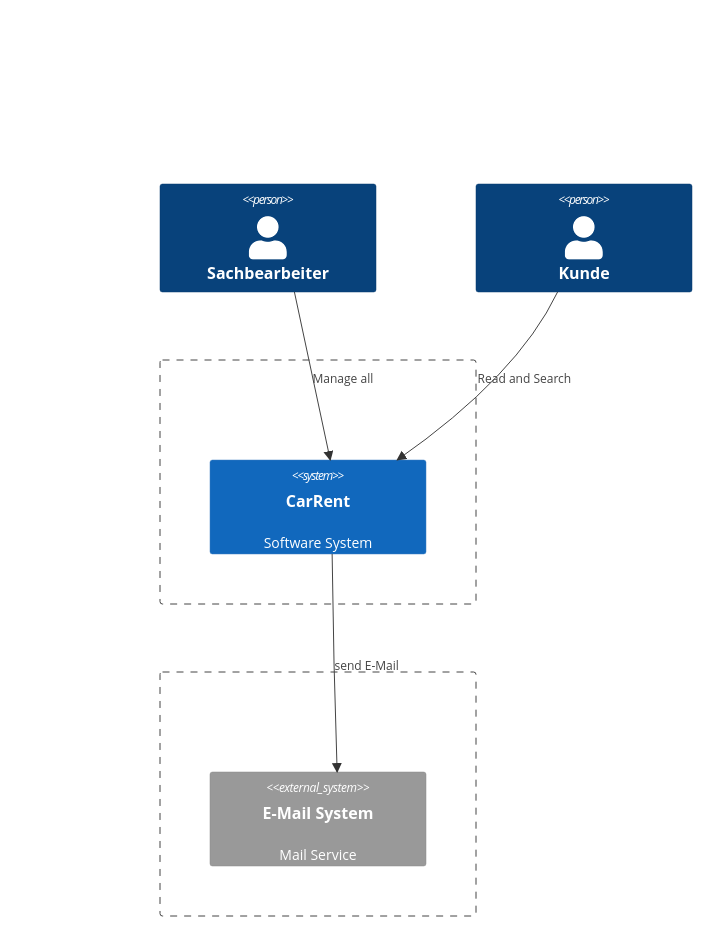
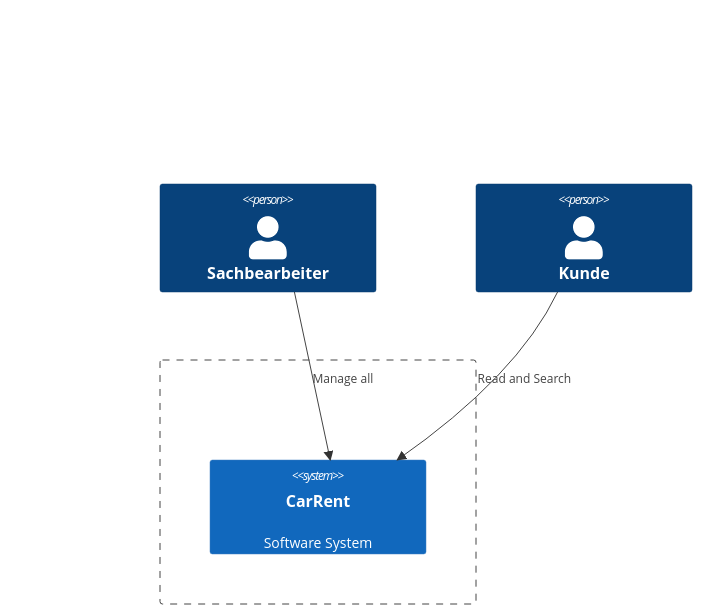
The first of 4 diagrams in README.md (tsolenthaler/zbw-sad-carrent2124), drawn with Mermaid before and after one commit. The commit also changed other lines of this file, not shown here.

````diff
--- a/README.md
+++ b/README.md
@@ -8,19 +8,14 @@
 ```mermaid
 C4Context
     Person(Sachbearbeiter, "Sachbearbeiter")
     Person(Kunde, "Kunde")
 
     Boundary(b1, "", "") {
         System(CarRent, "CarRent", "Software System")
     }
 
-    Boundary(b2, "", "") {
-        System_Ext(MailSystem, "E-Mail System", "Mail Service")
-    }
-
     Rel(Sachbearbeiter, CarRent, "Manage all")
     Rel(Kunde, CarRent, "Read and Search")
-    Rel(CarRent, MailSystem, "send E-Mail")
 
     UpdateLayoutConfig($c4ShapeInRow="3", $c4BoundaryInRow="1")
 ```
````
